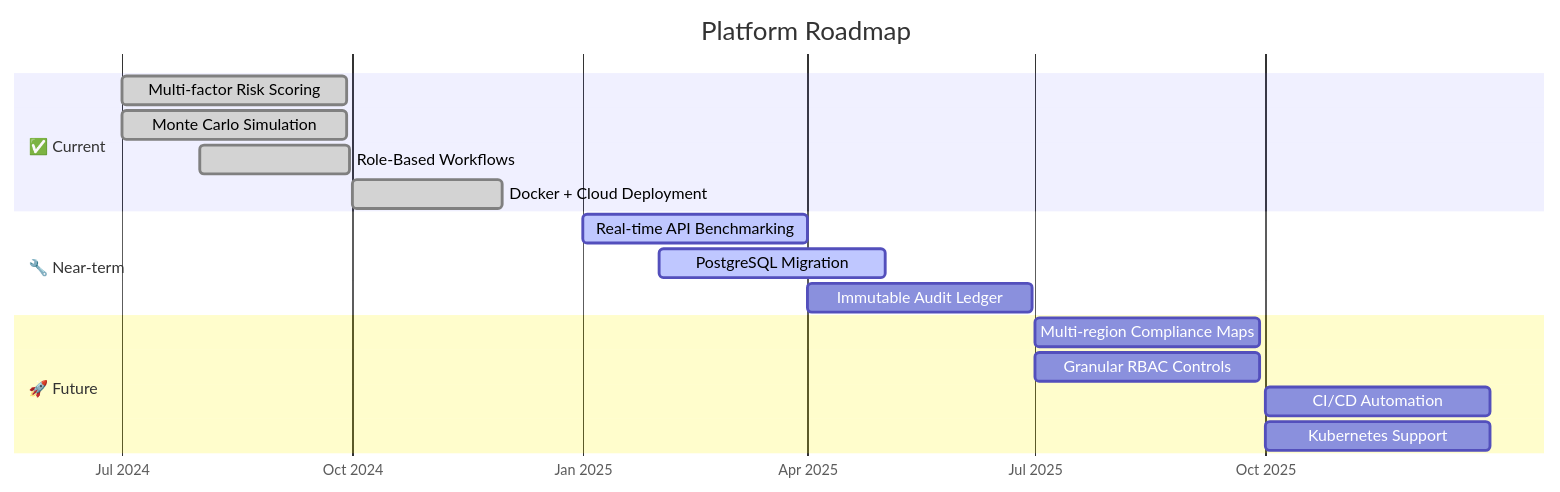
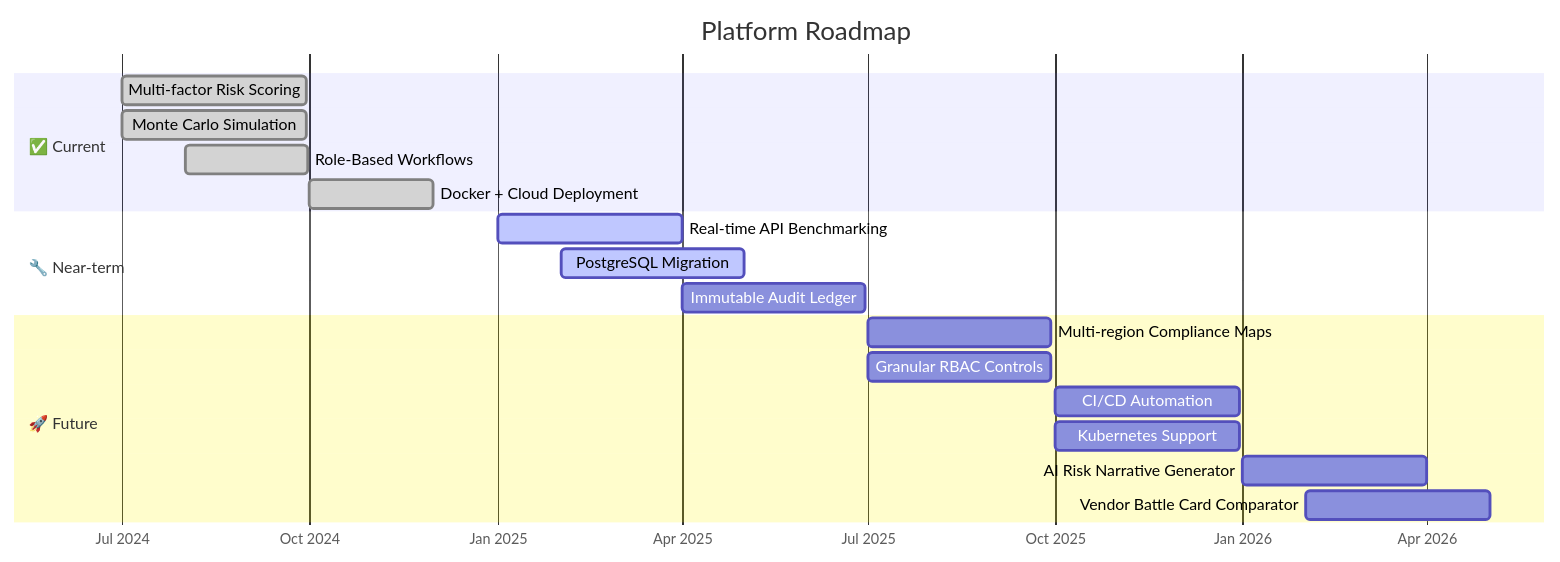
Before and after one commit to debasmita30/Enterprise-AI-Governance-Risk-Intelligence-Platform: the fourth of 4 diagrams in README.md, drawn with Mermaid. The commit also changed other lines of this file, not shown here.

````diff
--- a/README.md
+++ b/README.md
@@ -431,23 +556,25 @@
 ```mermaid
 gantt
     title Platform Roadmap
     dateFormat  YYYY-MM-DD
     axisFormat  %b %Y
 
     section ✅ Current
     Multi-factor Risk Scoring       :done,    2024-07-01, 90d
     Monte Carlo Simulation          :done,    2024-07-01, 90d
     Role-Based Workflows            :done,    2024-08-01, 60d
     Docker + Cloud Deployment       :done,    2024-10-01, 60d
 
     section 🔧 Near-term
     Real-time API Benchmarking      :active,  2025-01-01, 90d
     PostgreSQL Migration            :active,  2025-02-01, 90d
     Immutable Audit Ledger          :         2025-04-01, 90d
 
     section 🚀 Future
     Multi-region Compliance Maps    :         2025-07-01, 90d
     Granular RBAC Controls          :         2025-07-01, 90d
     CI/CD Automation                :         2025-10-01, 90d
     Kubernetes Support              :         2025-10-01, 90d
+    AI Risk Narrative Generator     :         2026-01-01, 90d
+    Vendor Battle Card Comparator   :         2026-02-01, 90d
 ```
````
